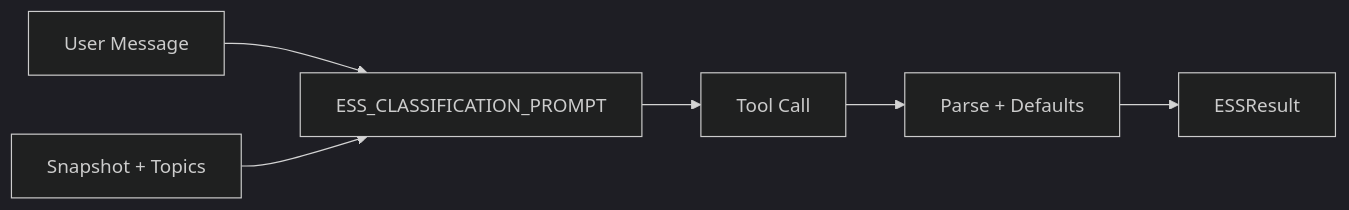
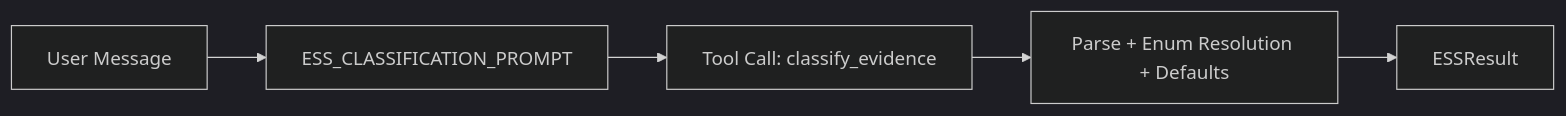
Before and after one commit to Okm165/Sonality: the first of 2 diagrams in docs/concepts/ess.md, drawn with Mermaid (dark theme). The commit also changed other lines of this file and 15 other files, not shown here.

````diff
--- a/docs/concepts/ess.md
+++ b/docs/concepts/ess.md
@@ -9,8 +9,7 @@
 ```mermaid
 flowchart LR
     Input[User Message] --> Prompt[ESS_CLASSIFICATION_PROMPT]
-    Context[Snapshot + Topics] --> Prompt
-    Prompt --> LLM[Tool Call]
-    LLM --> Coerce[Parse + Defaults]
+    Prompt --> LLM[Tool Call: classify_evidence]
+    LLM --> Coerce[Parse + Enum Resolution + Defaults]
     Coerce --> Result[ESSResult]
 ```
````
